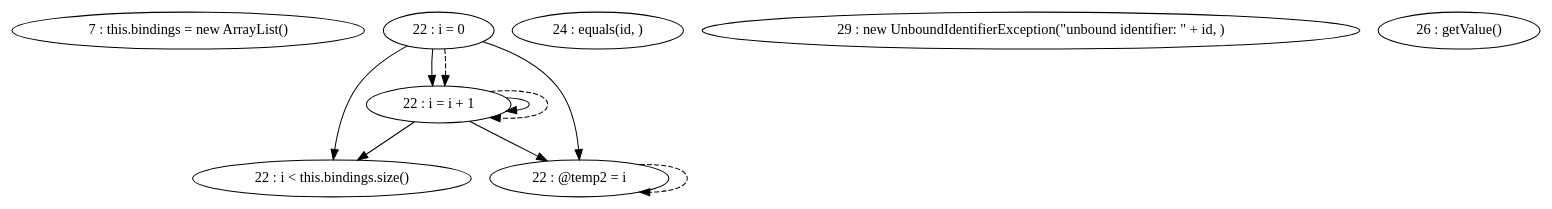
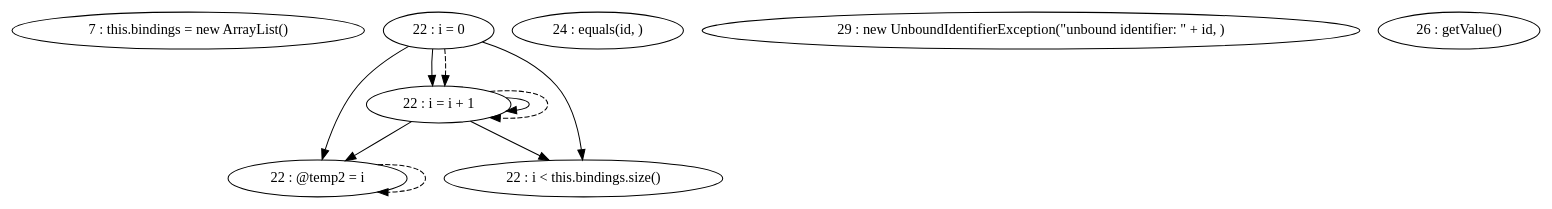
One commit to thomassimko/thesis-code-duplication changed the diagram in pdg/source/102_Code/102_hw2/dir28/VariableBindings-lookupBinding.gv. Above: the diagram before and after it, drawn with Graphviz. The commit also changed other lines of this file and 2230 other files, not shown here.

```diff
--- a/pdg/source/102_Code/102_hw2/dir28/VariableBindings-lookupBinding.gv
+++ b/pdg/source/102_Code/102_hw2/dir28/VariableBindings-lookupBinding.gv
@@ -1,19 +1,19 @@
 digraph G {
 "7 : this.bindings = new ArrayList()"
 "22 : i = 0"
-"22 : i = 0" -> "22 : i < this.bindings.size()"
 "22 : i = 0" -> "22 : @temp2 = i"
 "22 : i = 0" -> "22 : i = i + 1"
+"22 : i = 0" -> "22 : i < this.bindings.size()"
 "22 : i = 0" -> "22 : i = i + 1" [style=dashed]
 "22 : i < this.bindings.size()"
 "24 : equals(id, )"
 "29 : new UnboundIdentifierException(\"unbound identifier: \" + id, )"
 "26 : getValue()"
 "22 : @temp2 = i"
 "22 : @temp2 = i" -> "22 : @temp2 = i" [style=dashed]
 "22 : i = i + 1"
-"22 : i = i + 1" -> "22 : i < this.bindings.size()"
 "22 : i = i + 1" -> "22 : @temp2 = i"
 "22 : i = i + 1" -> "22 : i = i + 1"
+"22 : i = i + 1" -> "22 : i < this.bindings.size()"
 "22 : i = i + 1" -> "22 : i = i + 1" [style=dashed]
 }
```
